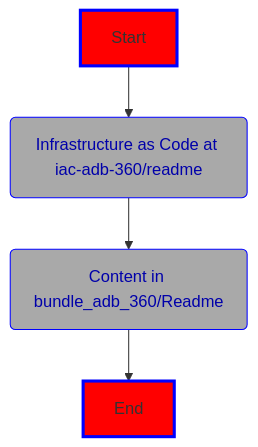
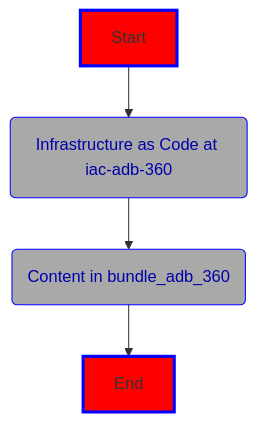
One commit to Azure/Databricks360 changed the diagram in README.md. Above: the diagram before and after it, drawn with Mermaid. The commit also changed other lines of this file, not shown here.

````diff
--- a/README.md
+++ b/README.md
@@ -30,11 +30,11 @@
 ```mermaid
 flowchart TD
-Start --> IaC(Infrastructure as Code at iac-adb-360/readme)
+Start --> IaC(Infrastructure as Code at iac-adb-360)
 style Start fill:red,stroke:blue,stroke-width:3px,shadow:shadow
-IaC --> Content(Content in bundle_adb_360/Readme)
+IaC --> Content(Content in bundle_adb_360)
 style IaC fill:darkgray,stroke:blue,stroke-witdth:3px,shadow:shadow,color:#0000aa
 Content --> End
 style Content fill:darkgray,stroke:blue,stroke-witdth:3px,shadow:shadow,color:#0000aa
 style End fill:red,stroke:blue,stroke-width:3px,shadow:shadow
 
 ```
````
